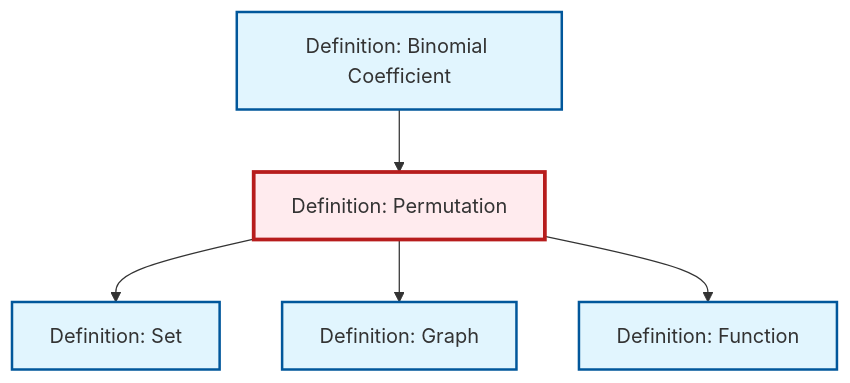
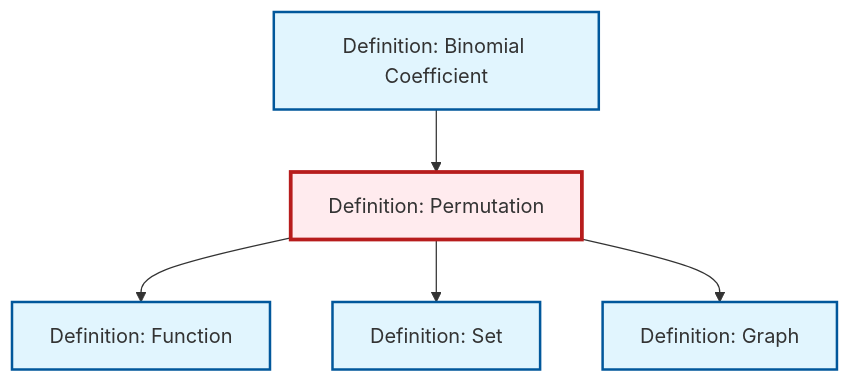
Before and after one commit to RK0429/ModernMath: the diagram in content/en/combinatorics/def-permutation.qmd, drawn with Mermaid. The commit also changed other lines of this file and 1012 other files, not shown here.

````diff
--- a/content/en/combinatorics/def-permutation.qmd
+++ b/content/en/combinatorics/def-permutation.qmd
@@ -53,23 +53,23 @@
 ```{mermaid}
 %%| fig-cap: "Local dependency graph"
 graph TD
     classDef definition fill:#e1f5fe,stroke:#01579b,stroke-width:2px
     classDef theorem fill:#f3e5f5,stroke:#4a148c,stroke-width:2px
     classDef axiom fill:#fff3e0,stroke:#e65100,stroke-width:2px
     classDef example fill:#e8f5e9,stroke:#1b5e20,stroke-width:2px
     classDef current fill:#ffebee,stroke:#b71c1c,stroke-width:3px
-    def-graph["Definition: Graph"]:::definition
     def-set["Definition: Set"]:::definition
-    def-function["Definition: Function"]:::definition
     def-binomial-coefficient["Definition: Binomial Coefficient"]:::definition
     def-permutation["Definition: Permutation"]:::definition
+    def-graph["Definition: Graph"]:::definition
+    def-function["Definition: Function"]:::definition
+    def-permutation --> def-function
+    def-binomial-coefficient --> def-permutation
     def-permutation --> def-set
     def-permutation --> def-graph
-    def-permutation --> def-function
-    def-binomial-coefficient --> def-permutation
     class def-permutation current
+    click def-set "def-set.html" "Go to Set definition"
+    click def-binomial-coefficient "def-binomial-coefficient.html" "Go to Binomial Coefficient definition"
     click def-graph "def-graph.html" "Go to Graph definition"
-    click def-set "def-set.html" "Go to Set definition"
     click def-function "def-function.html" "Go to Function definition"
-    click def-binomial-coefficient "def-binomial-coefficient.html" "Go to Binomial Coefficient definition"
 ```
````
